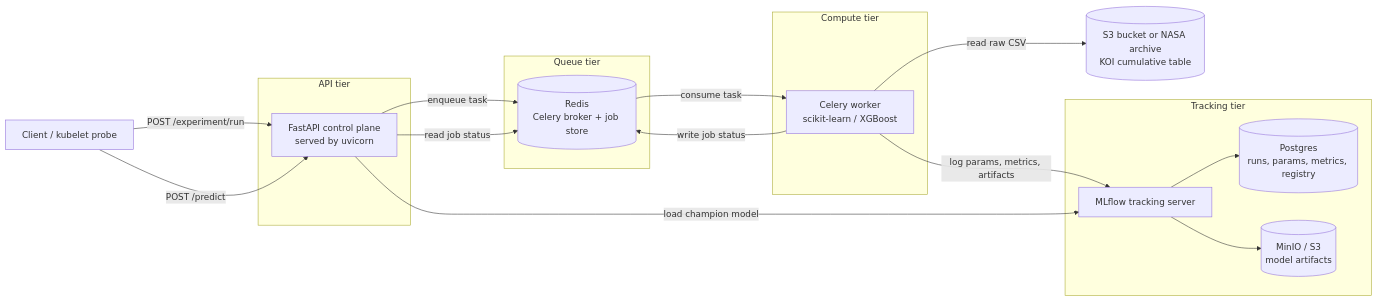
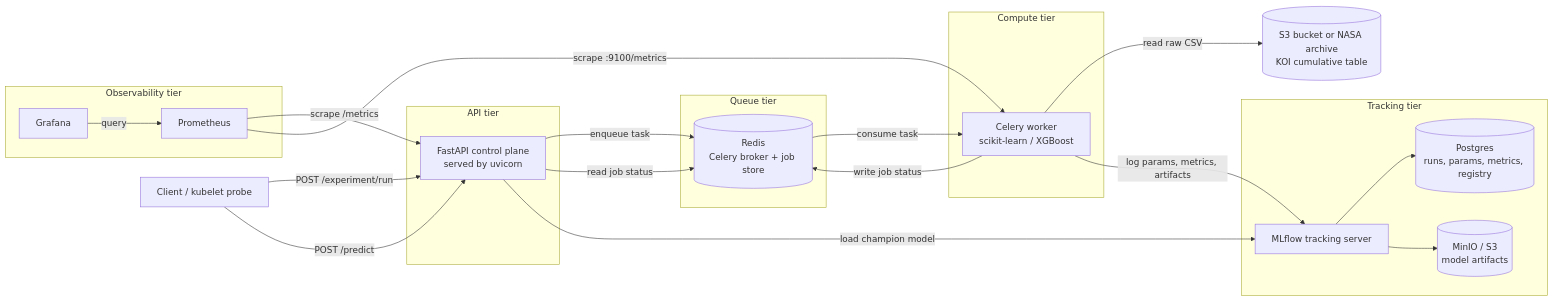
The first of 2 diagrams in README.md (justinfowler5/kepler_exoplanet_ml), drawn with Mermaid before and after one commit. The commit also changed other lines of this file, not shown here.

First line of the commit message:
Document Prometheus and Grafana observability in the README.

````diff
--- a/README.md
+++ b/README.md
@@ -30,36 +30,44 @@
 ```mermaid
 flowchart LR
     Client["Client / kubelet probe"]
 
     subgraph apiTier [API tier]
         FastAPI["FastAPI control plane<br/>served by uvicorn"]
     end
 
     subgraph queueTier [Queue tier]
         Redis[("Redis<br/>Celery broker + job store")]
     end
 
     subgraph computeTier [Compute tier]
         Worker["Celery worker<br/>scikit-learn / XGBoost"]
     end
 
     subgraph trackingTier [Tracking tier]
         MLflow["MLflow tracking server"]
         Postgres[("Postgres<br/>runs, params, metrics, registry")]
         MinIO[("MinIO / S3<br/>model artifacts")]
     end
 
+    subgraph obsTier [Observability tier]
+        Prom["Prometheus"]
+        Grafana["Grafana"]
+    end
+
     Source[("S3 bucket or NASA archive<br/>KOI cumulative table")]
 
     Client -->|"POST /experiment/run"| FastAPI
     Client -->|"POST /predict"| FastAPI
     FastAPI -->|"enqueue task"| Redis
     Redis -->|"consume task"| Worker
     Worker -->|"read raw CSV"| Source
     Worker -->|"log params, metrics, artifacts"| MLflow
     Worker -->|"write job status"| Redis
     FastAPI -->|"read job status"| Redis
     FastAPI -->|"load champion model"| MLflow
     MLflow --> Postgres
     MLflow --> MinIO
+    Prom -->|"scrape /metrics"| FastAPI
+    Prom -->|"scrape :9100/metrics"| Worker
+    Grafana -->|"query"| Prom
 ```
````
